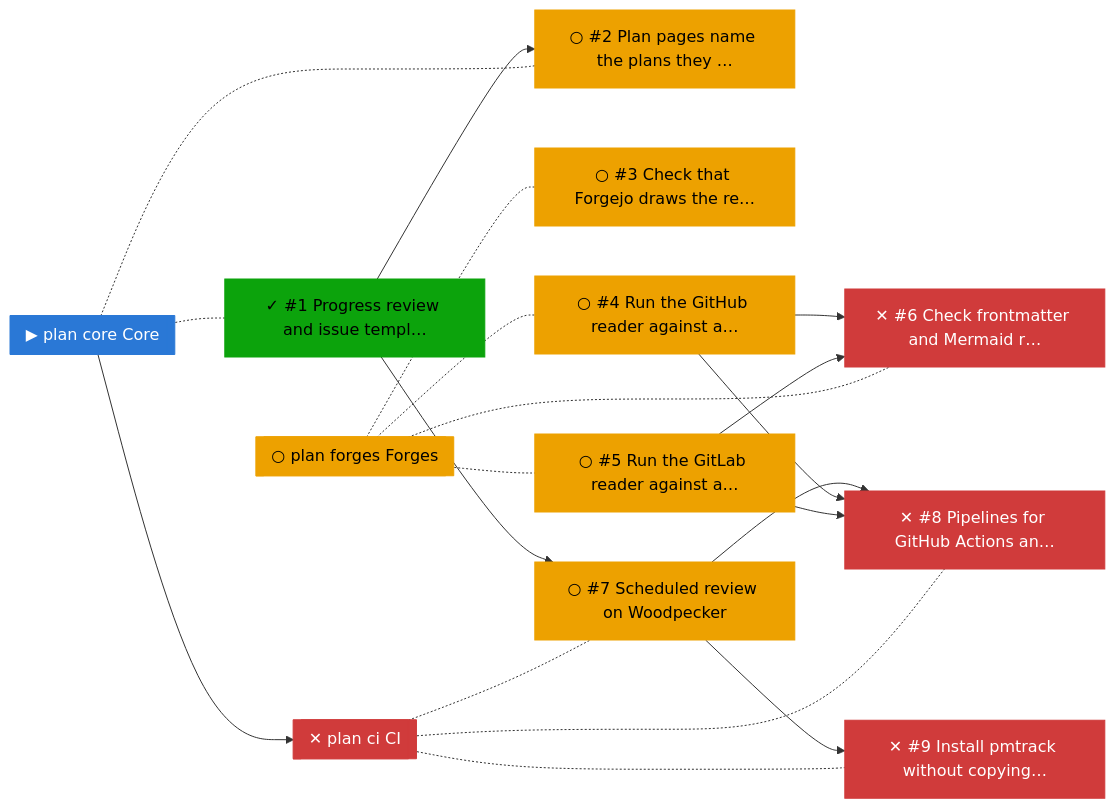
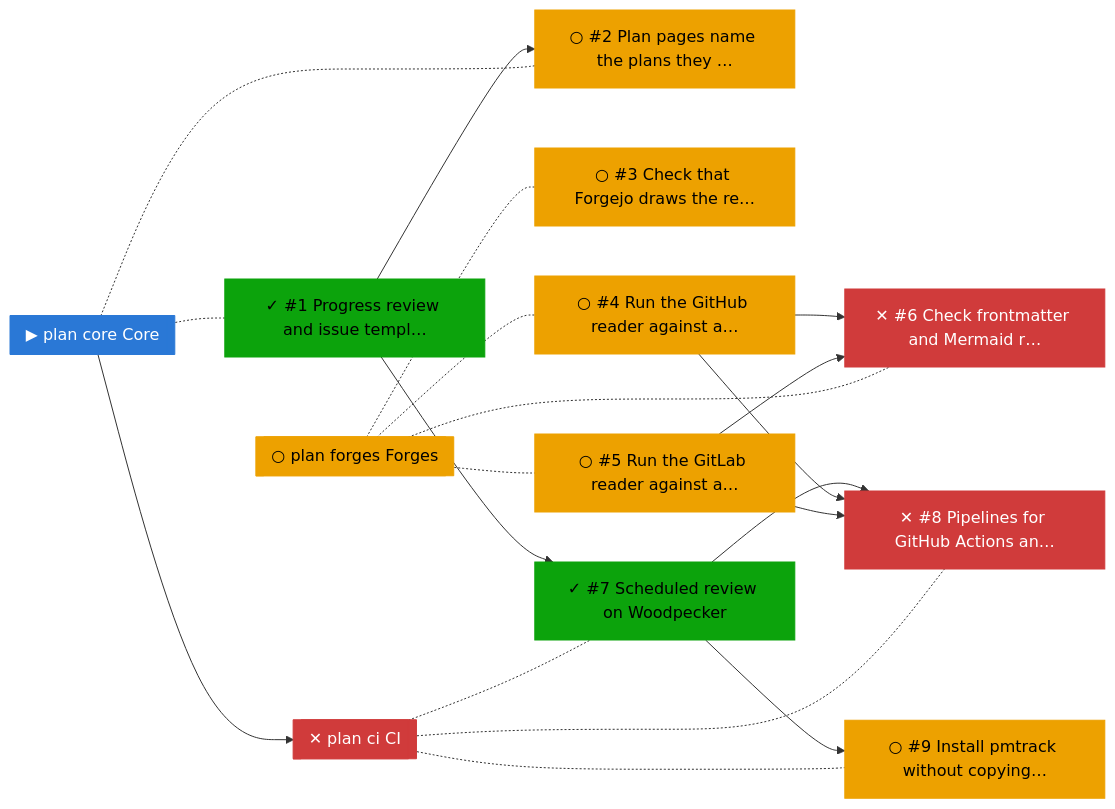
Before and after one commit to bvraghav/pmtrack: the fourth of 5 diagrams in progress/README.md, drawn with Mermaid. The commit also changed other lines of this file and 5 other files, not shown here.

````diff
--- a/progress/README.md
+++ b/progress/README.md
@@ -70,39 +72,39 @@
 ```mermaid
 flowchart LR
   n0["✓ #1 Progress review and issue templ…"]:::done
   n1["○ #2 Plan pages name the plans they …"]:::ready
   n2["○ #3 Check that Forgejo draws the re…"]:::ready
   n3["○ #4 Run the GitHub reader against a…"]:::ready
   n4["○ #5 Run the GitLab reader against a…"]:::ready
   n5["✕ #6 Check frontmatter and Mermaid r…"]:::blocked
-  n6["○ #7 Scheduled review on Woodpecker"]:::ready
+  n6["✓ #7 Scheduled review on Woodpecker"]:::done
   n7["✕ #8 Pipelines for GitHub Actions an…"]:::blocked
-  n8["✕ #9 Install pmtrack without copying…"]:::blocked
+  n8["○ #9 Install pmtrack without copying…"]:::ready
   n9[["✕ plan ci CI"]]:::blocked
   n10[["▶ plan core Core"]]:::active
   n11[["○ plan forges Forges"]]:::ready
   n0 --> n1
   n3 --> n5
   n4 --> n5
   n0 --> n6
   n6 --> n7
   n3 --> n7
   n4 --> n7
   n6 --> n8
   n9 -.- n6
   n9 -.- n7
   n9 -.- n8
   n10 --> n9
   n10 -.- n0
   n10 -.- n1
   n11 -.- n2
   n11 -.- n3
   n11 -.- n4
   n11 -.- n5
   classDef done fill:#0ca30c,color:#000,stroke:#0ca30c
   classDef active fill:#2a78d6,color:#fff,stroke:#2a78d6
   classDef ready fill:#eda100,color:#000,stroke:#eda100
   classDef blocked fill:#d03b3b,color:#fff,stroke:#d03b3b
   classDef unknown fill:#898781,color:#000,stroke:#898781
   classDef dropped fill:#898781,color:#000,stroke:#898781
 ```
````
